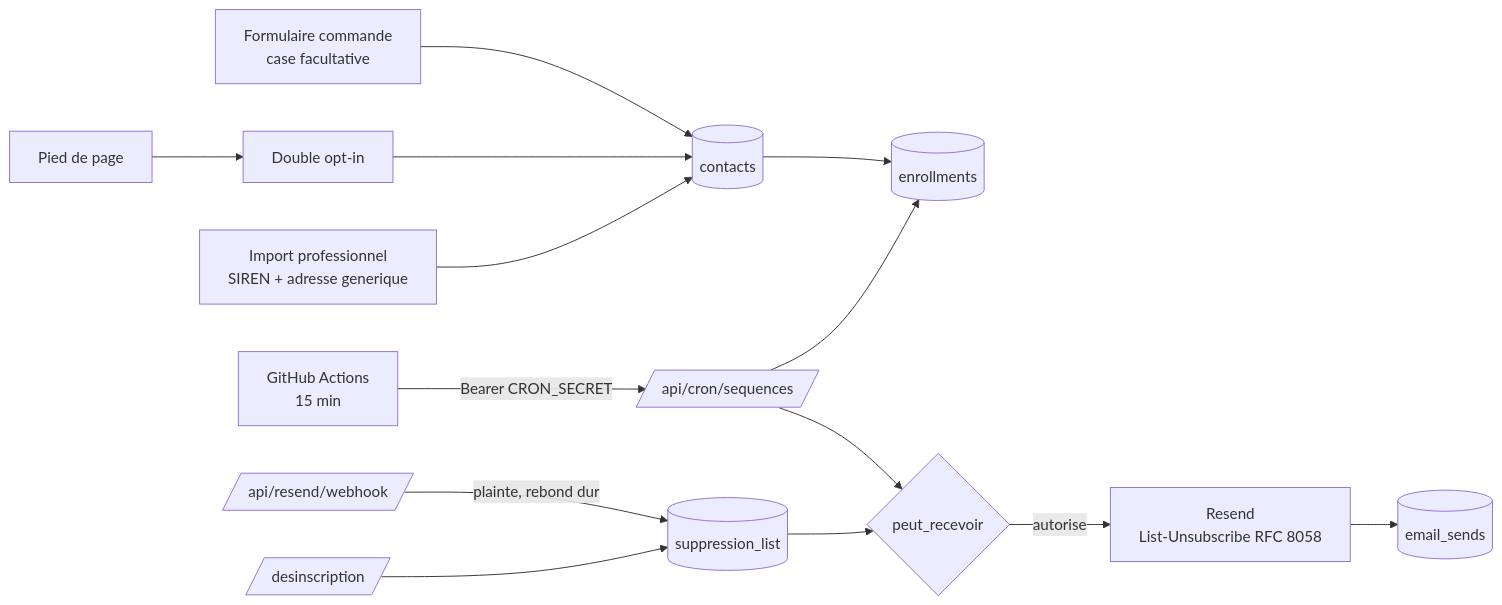
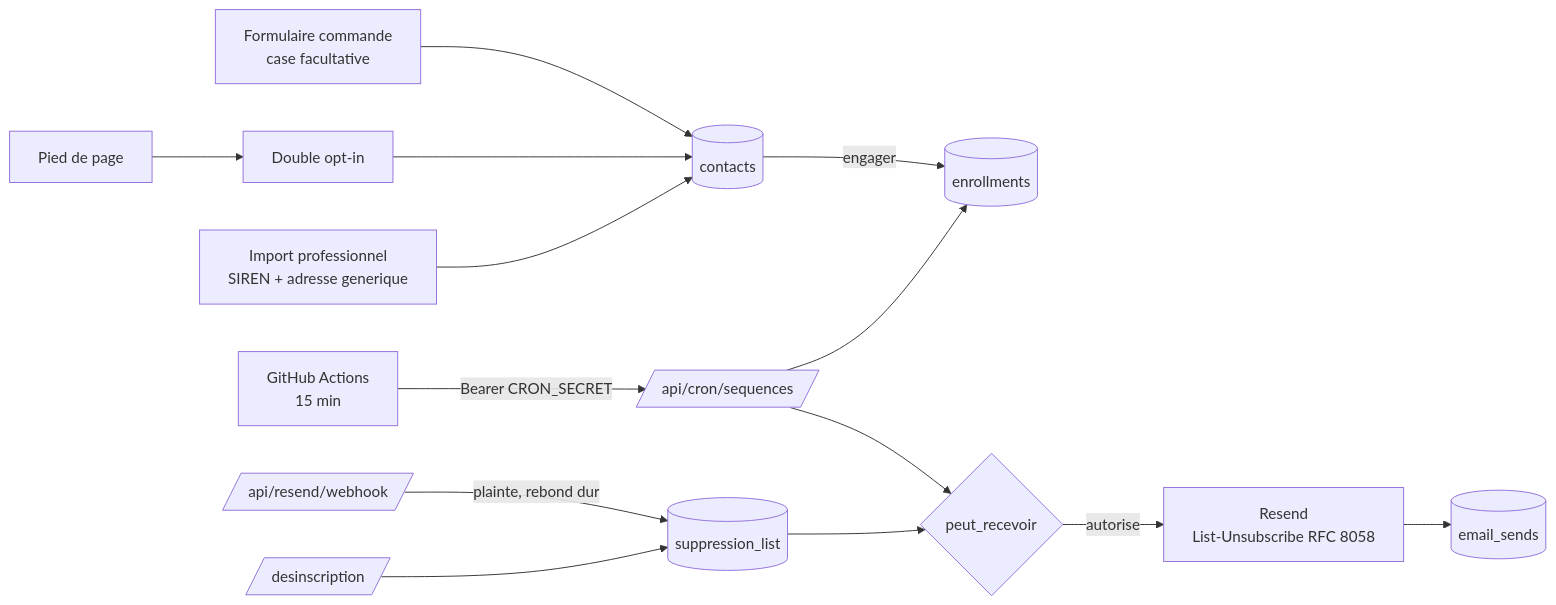
The second of 2 diagrams in README.md (Adam-Blf/blf-labs-site), drawn with Mermaid before and after one commit. The commit also changed other lines of this file and 3 other files, not shown here.

````diff
--- a/README.md
+++ b/README.md
@@ -195,15 +195,15 @@
 ```mermaid
 flowchart LR
   F1[Formulaire commande<br/>case facultative] --> C[(contacts)]
   F2[Pied de page] --> DOI[Double opt-in] --> C
   IMP[Import professionnel<br/>SIREN + adresse generique] --> C
-  C --> E[(enrollments)]
+  C -->|engager| E[(enrollments)]
   CRON[GitHub Actions<br/>15 min] -->|Bearer CRON_SECRET| API[/api/cron/sequences/]
   API --> E
   API --> G{peut_recevoir}
   G -->|autorise| SEND[Resend<br/>List-Unsubscribe RFC 8058]
   SEND --> LOG[(email_sends)]
   WH[/api/resend/webhook/] -->|plainte, rebond dur| SUP[(suppression_list)]
   UNSUB[/desinscription/] --> SUP
   SUP --> G
 ```
````
